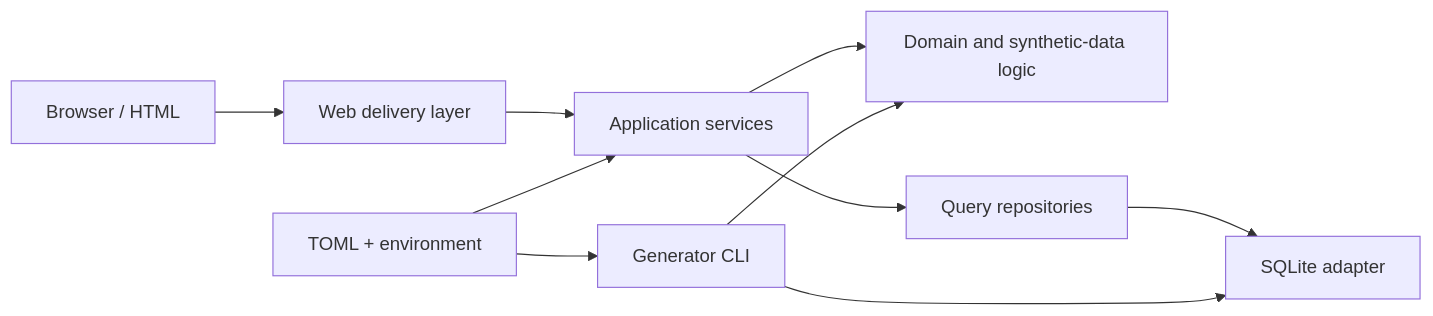
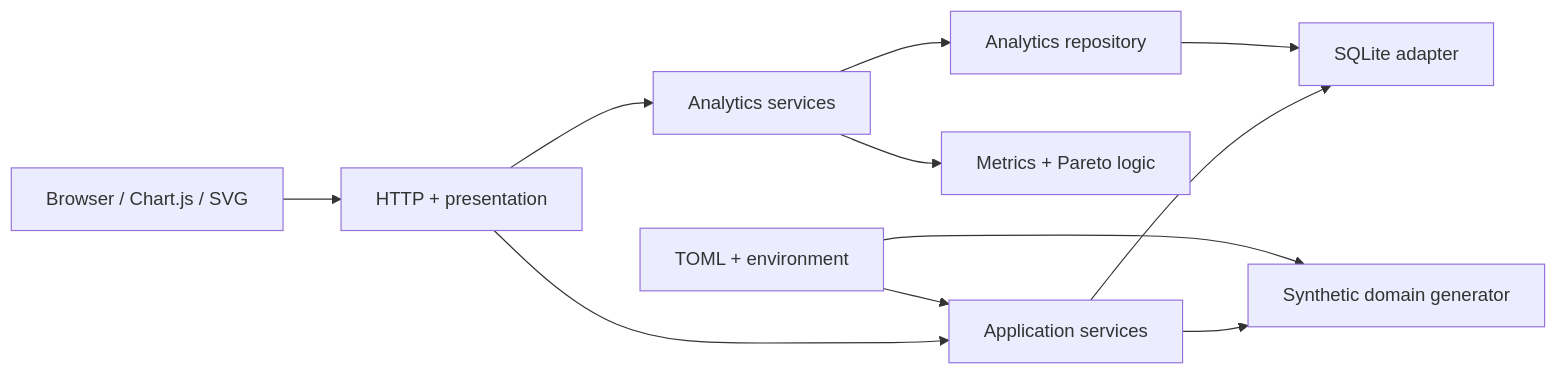
Before and after one commit to 4sy8zwp9hz-netizen/manufacturing-analytics-platform: the diagram in ARCHITECTURE.md, drawn with Mermaid. The commit also changed other lines of this file and 47 other files, not shown here.

````diff
--- a/ARCHITECTURE.md
+++ b/ARCHITECTURE.md
@@ -7,12 +7,13 @@
 ```mermaid
 flowchart LR
-    Browser["Browser / HTML"] --> Web["Web delivery layer"]
-    Web --> Services["Application services"]
-    Services --> Domain["Domain and synthetic-data logic"]
-    Services --> Repositories["Query repositories"]
-    Repositories --> Database["SQLite adapter"]
-    Generator["Generator CLI"] --> Domain
-    Generator --> Database
-    Config["TOML + environment"] --> Services
+    Browser["Browser / Chart.js / SVG"] --> Web["HTTP + presentation"]
+    Web --> Analytics["Analytics services"]
+    Web --> Bootstrap["Application services"]
+    Analytics --> Domain["Metrics + Pareto logic"]
+    Analytics --> Repositories["Analytics repository"]
+    Bootstrap --> Generator["Synthetic domain generator"]
+    Bootstrap --> Database["SQLite adapter"]
+    Repositories --> Database
+    Config["TOML + environment"] --> Bootstrap
     Config --> Generator
 ```
````
